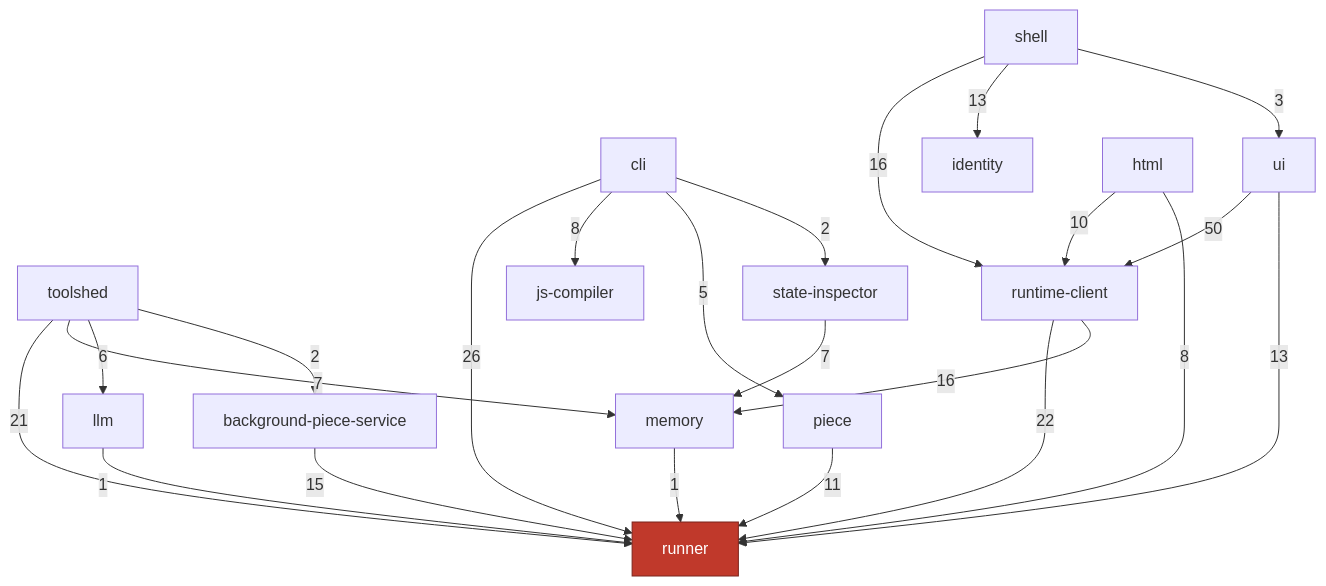
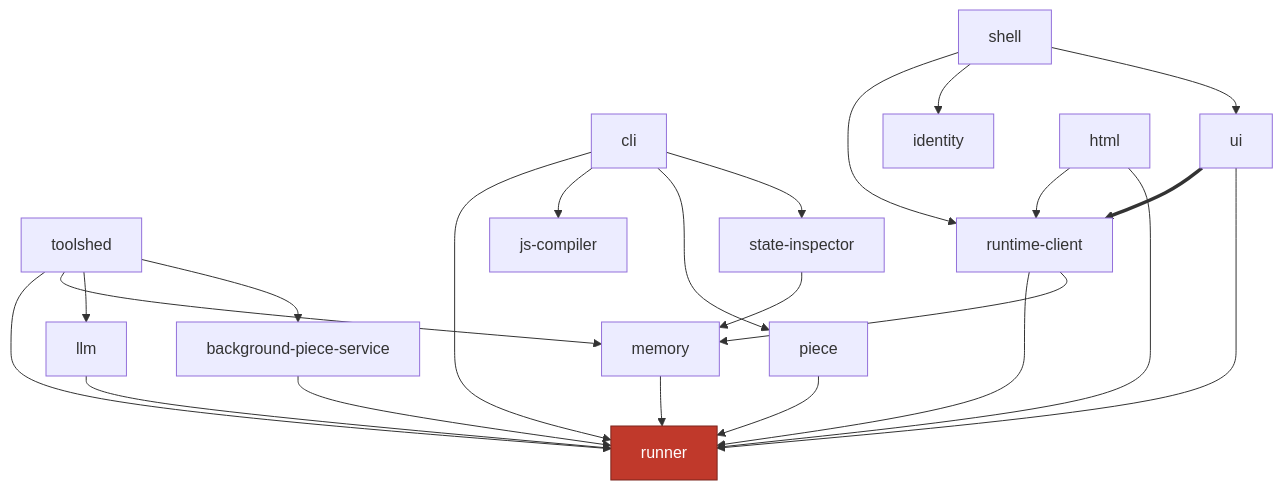
The second of 3 diagrams in docs/development/orientation/dependency-graph.md (commontoolsinc/labs), drawn with Mermaid before and after one commit. The commit also changed other lines of this file and 8 other files, not shown here.

````diff
--- a/docs/development/orientation/dependency-graph.md
+++ b/docs/development/orientation/dependency-graph.md
@@ -82,28 +82,28 @@
 ```mermaid
 flowchart TD
     classDef hub fill:#c0392b,stroke:#7b241c,color:#fff
     runner["runner"]:::hub
 
-    toolshed["toolshed"] -->|21| runner
-    toolshed -->|7| memory["memory"]
-    toolshed -->|6| llm["llm"]
-    toolshed -->|2| bcs["background-piece-service"]
-    cli["cli"] -->|26| runner
-    cli -->|8| jsc["js-compiler"]
-    cli -->|5| piece["piece"]
-    cli -->|2| sinsp["state-inspector"]
-    sinsp -->|7| memory
-    rtc["runtime-client"] -->|22| runner
-    rtc -->|16| memory
-    ui["ui"] -->|50| rtc
-    ui -->|13| runner
-    shell["shell"] -->|16| rtc
-    shell -->|13| identity["identity"]
-    shell -->|3| ui
-    html["html"] -->|10| rtc
-    html -->|8| runner
-    piece -->|11| runner
-    bcs -->|15| runner
-    memory -->|1| runner
-    llm -->|1| runner
+    toolshed["toolshed"] --> runner
+    toolshed --> memory["memory"]
+    toolshed --> llm["llm"]
+    toolshed --> bcs["background-piece-service"]
+    cli["cli"] --> runner
+    cli --> jsc["js-compiler"]
+    cli --> piece["piece"]
+    cli --> sinsp["state-inspector"]
+    sinsp --> memory
+    rtc["runtime-client"] --> runner
+    rtc --> memory
+    ui["ui"] ==> rtc
+    ui --> runner
+    shell["shell"] --> rtc
+    shell --> identity["identity"]
+    shell --> ui
+    html["html"] --> rtc
+    html --> runner
+    piece --> runner
+    bcs --> runner
+    memory --> runner
+    llm --> runner
 ```
````
